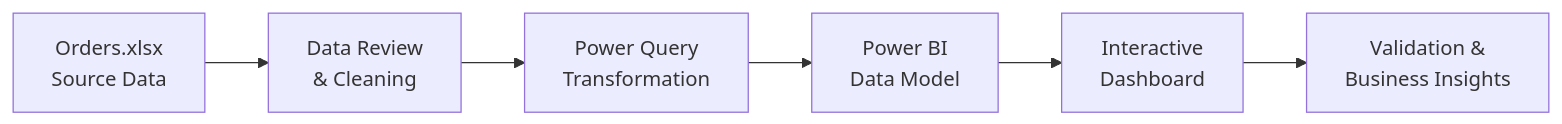
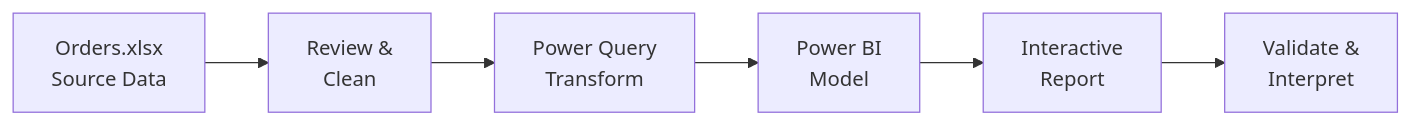
Before and after one commit to samusa099/sales-data-a11: the diagram in README.md, drawn with Mermaid. The commit also changed other lines of this file, not shown here.

````diff
--- a/README.md
+++ b/README.md
@@ -67,8 +101,8 @@
 ```mermaid
 flowchart LR
-    A[Orders.xlsx<br/>Source Data] --> B[Data Review<br/>& Cleaning]
-    B --> C[Power Query<br/>Transformation]
-    C --> D[Power BI<br/>Data Model]
-    D --> E[Interactive<br/>Dashboard]
-    E --> F[Validation &<br/>Business Insights]
+    A[Orders.xlsx<br/>Source Data] --> B[Review &<br/>Clean]
+    B --> C[Power Query<br/>Transform]
+    C --> D[Power BI<br/>Model]
+    D --> E[Interactive<br/>Report]
+    E --> F[Validate &<br/>Interpret]
 ```
````
